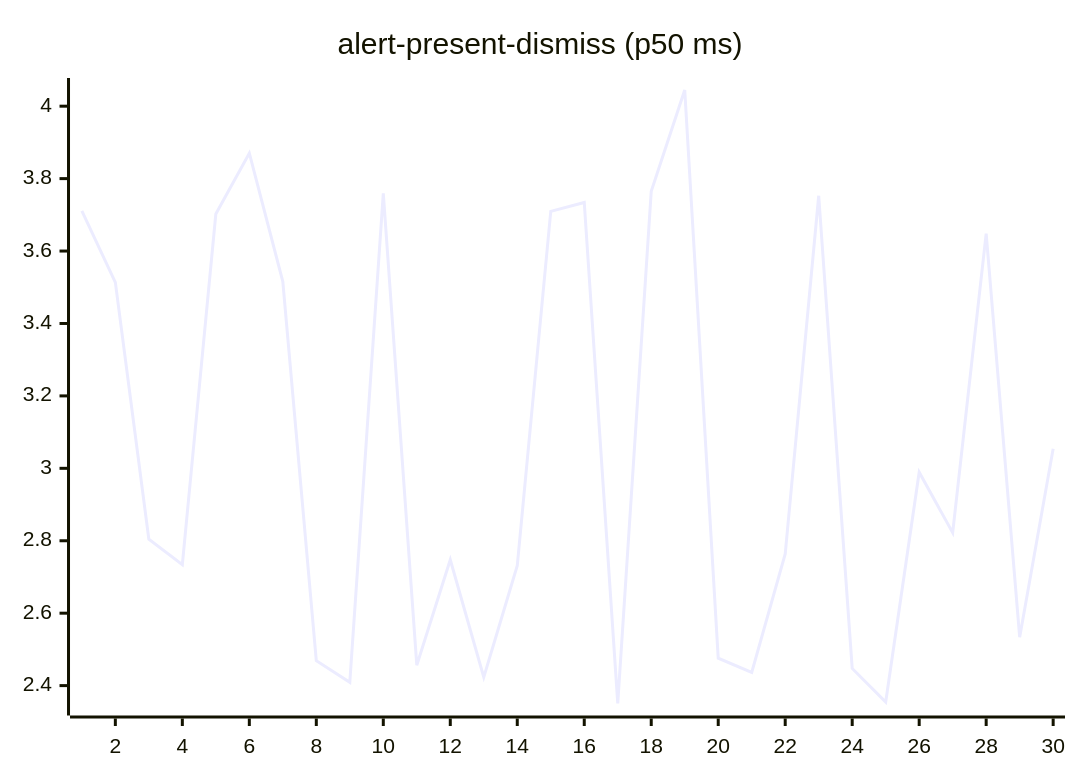
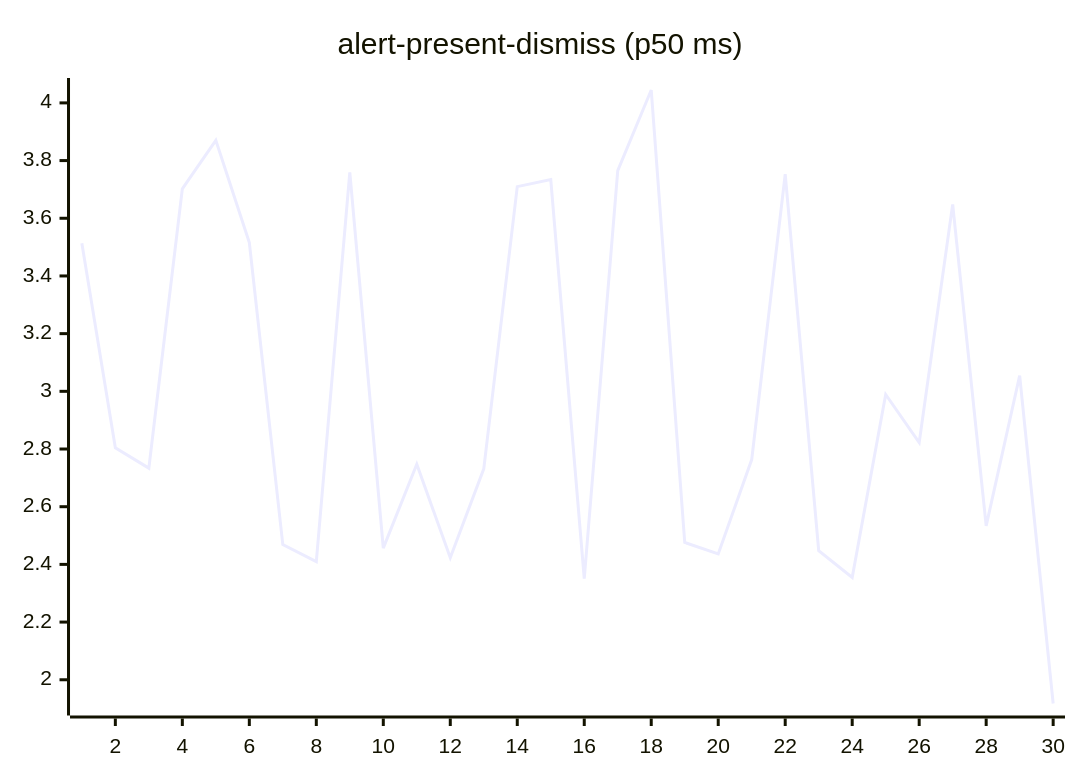
The second of 27 diagrams in README.md (josha/Facet), drawn with Mermaid before and after one commit. The commit also changed other lines of this file and 2 other files, not shown here.

````diff
--- a/README.md
+++ b/README.md
@@ -70,6 +70,6 @@
 ```mermaid
 xychart-beta
     title "alert-present-dismiss (p50 ms)"
     x-axis 1 --> 30
-    line [3.7112, 3.5136, 2.8044, 2.7337, 3.7022, 3.8703, 3.5157, 2.4688, 2.4093, 3.7592, 2.4564, 2.7475, 2.4232, 2.7312, 3.7096, 3.7340, 2.3506, 3.7650, 4.0447, 2.4759, 2.4363, 2.7635, 3.7527, 2.4474, 2.3546, 2.9892, 2.8222, 3.6482, 2.5337, 3.0542]
+    line [3.5136, 2.8044, 2.7337, 3.7022, 3.8703, 3.5157, 2.4688, 2.4093, 3.7592, 2.4564, 2.7475, 2.4232, 2.7312, 3.7096, 3.7340, 2.3506, 3.7650, 4.0447, 2.4759, 2.4363, 2.7635, 3.7527, 2.4474, 2.3546, 2.9892, 2.8222, 3.6482, 2.5337, 3.0542, 1.9177]
 ```
````
